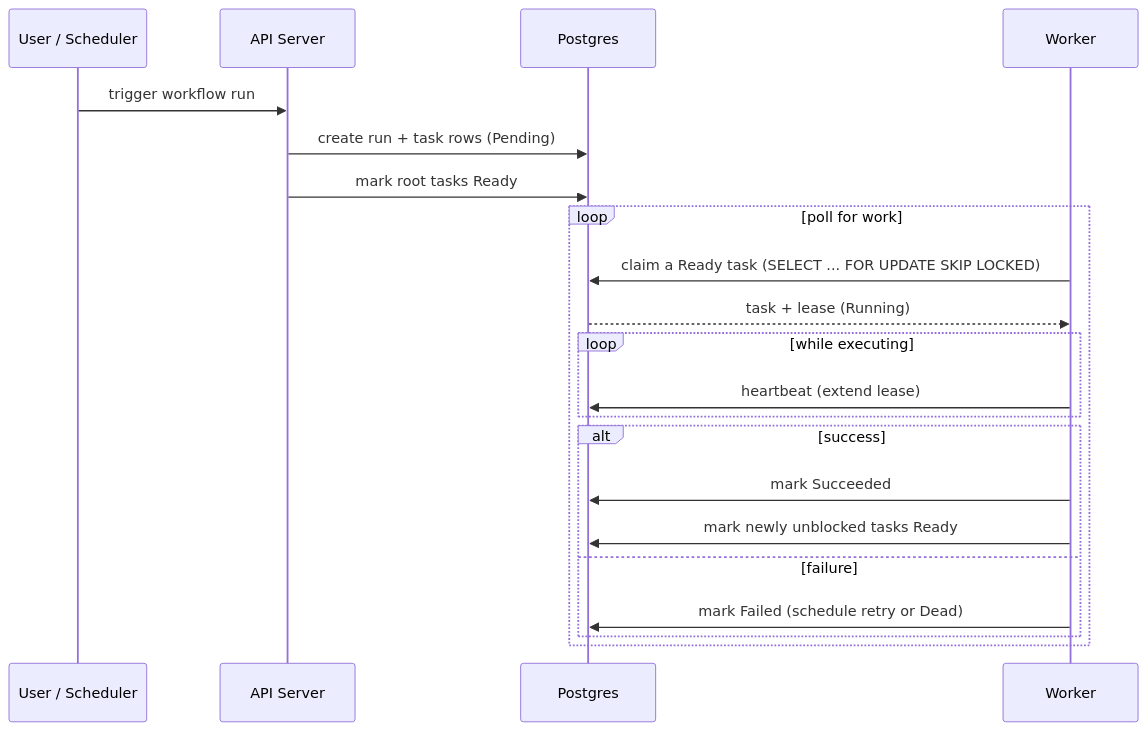
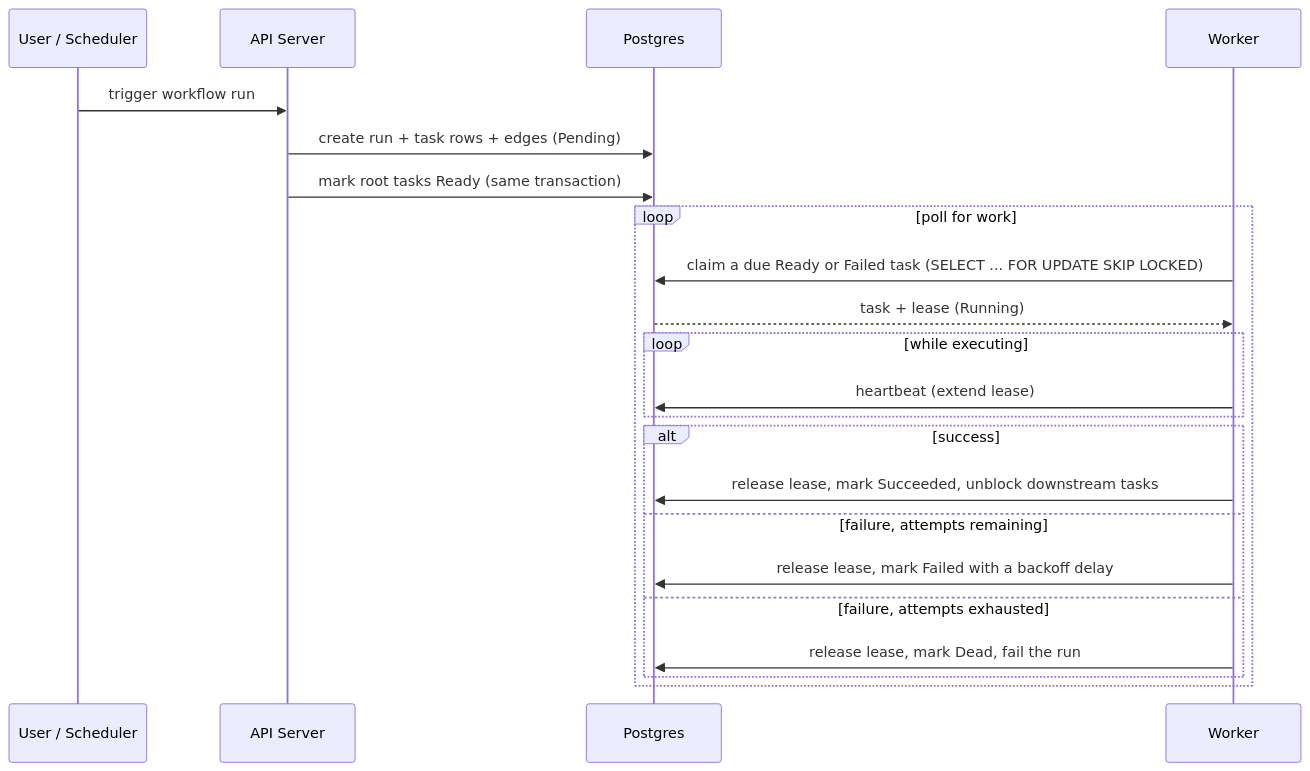
One commit to OGSarah/Weaver changed the fifth of 5 diagrams in README.md. Above: the diagram before and after it, drawn with Mermaid. The commit also changed other lines of this file, not shown here.

````diff
--- a/README.md
+++ b/README.md
@@ -334,24 +357,25 @@
 ```mermaid
 sequenceDiagram
     participant U as User / Scheduler
     participant A as API Server
     participant D as Postgres
     participant W as Worker
  
     U->>A: trigger workflow run
-    A->>D: create run + task rows (Pending)
-    A->>D: mark root tasks Ready
+    A->>D: create run + task rows + edges (Pending)
+    A->>D: mark root tasks Ready (same transaction)
     loop poll for work
-        W->>D: claim a Ready task (SELECT ... FOR UPDATE SKIP LOCKED)
+        W->>D: claim a due Ready or Failed task (SELECT ... FOR UPDATE SKIP LOCKED)
         D-->>W: task + lease (Running)
         loop while executing
             W->>D: heartbeat (extend lease)
         end
         alt success
-            W->>D: mark Succeeded
-            W->>D: mark newly unblocked tasks Ready
-        else failure
-            W->>D: mark Failed (schedule retry or Dead)
+            W->>D: release lease, mark Succeeded, unblock downstream tasks
+        else failure, attempts remaining
+            W->>D: release lease, mark Failed with a backoff delay
+        else failure, attempts exhausted
+            W->>D: release lease, mark Dead, fail the run
         end
     end
 ```
````
